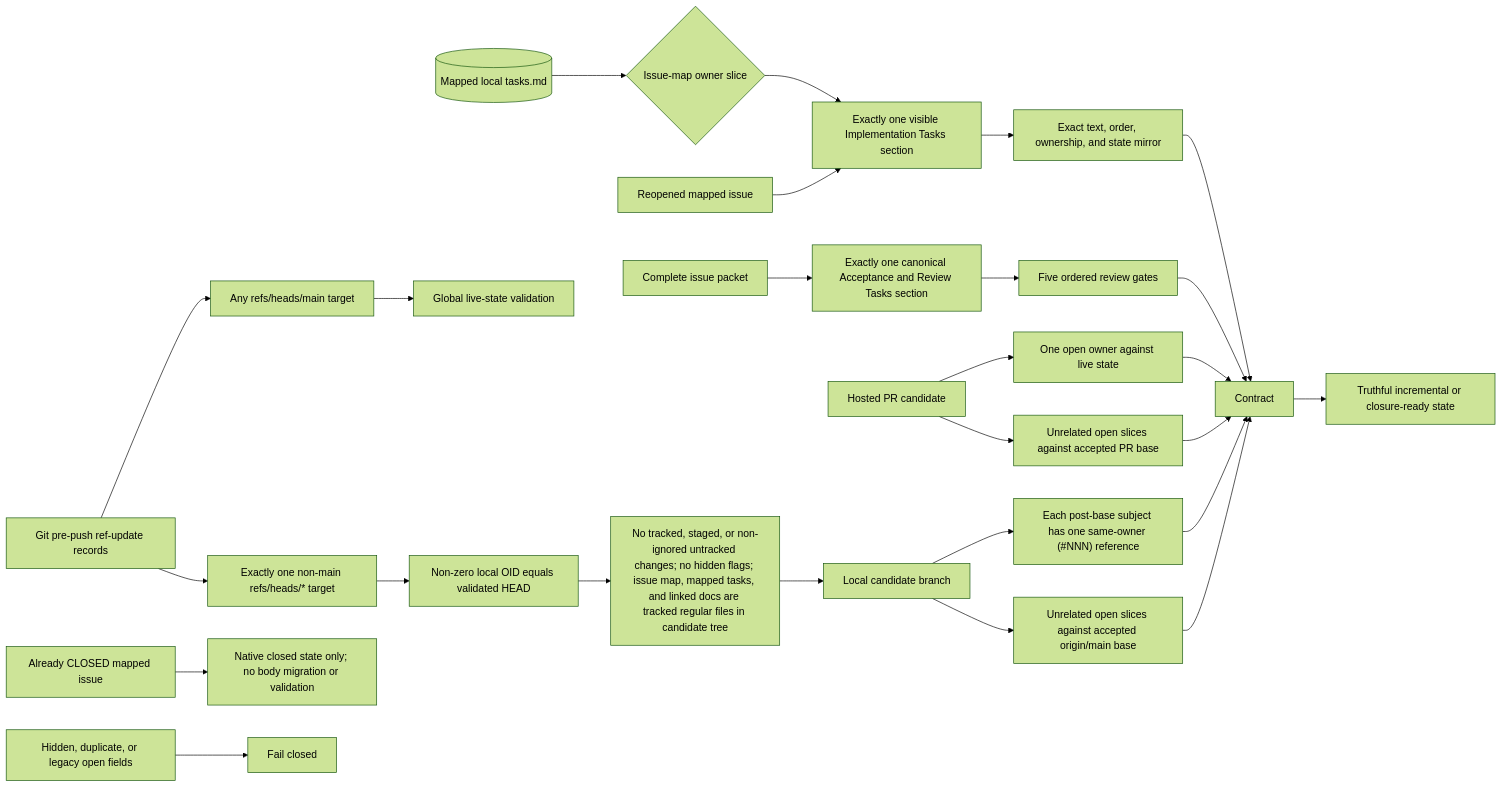
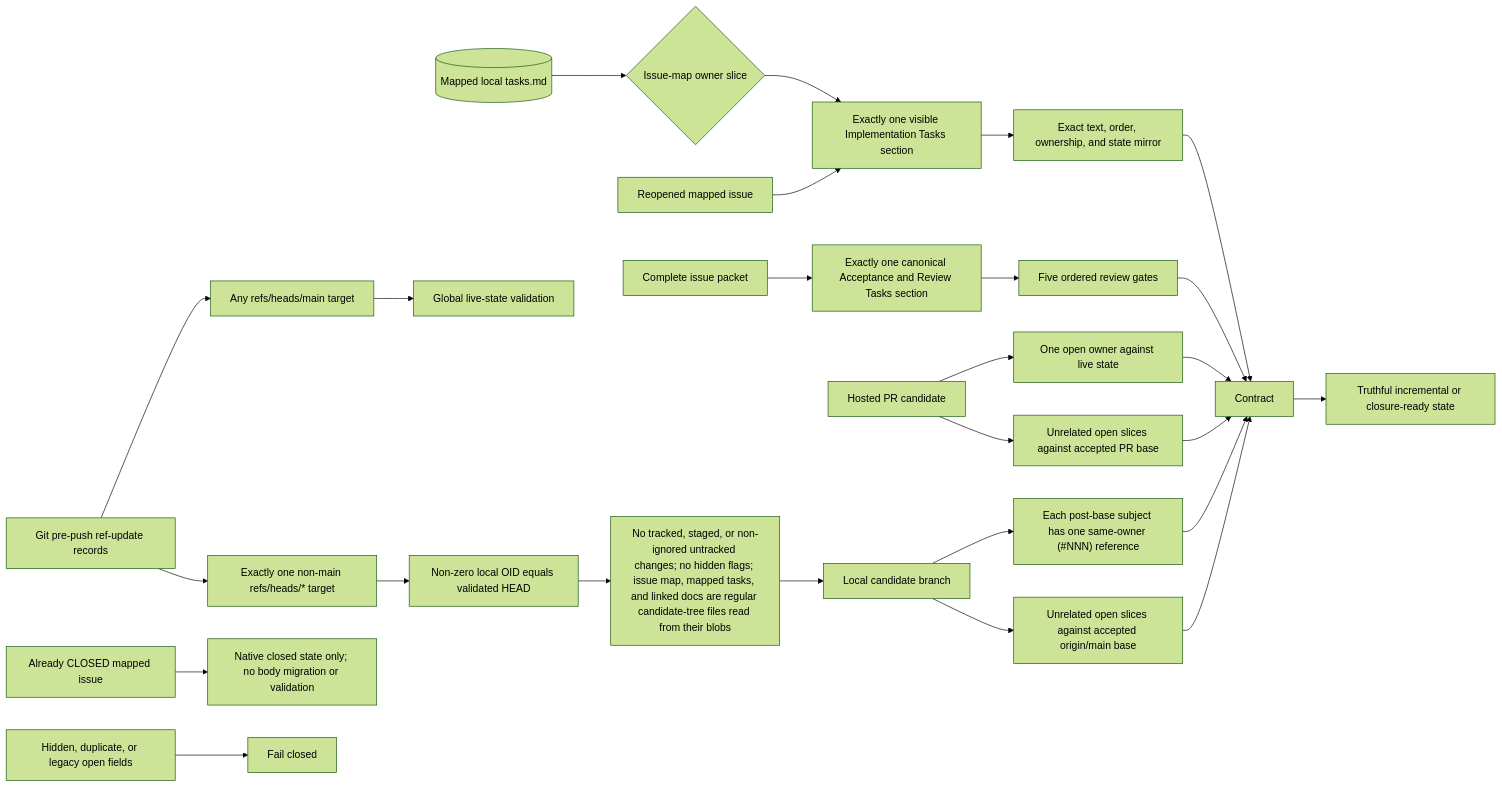
The first of 28 diagrams in docs/v050-release-architecture.md (styler-ai/ProjectAtlas), drawn with Mermaid (forest theme) before and after one commit. The commit also changed 5 other files, not shown here.

Commit message:
fix(issueops): read candidate validation inputs from Git blobs (#549)

````diff
--- a/docs/v050-release-architecture.md
+++ b/docs/v050-release-architecture.md
@@ -7,28 +7,28 @@
 ```mermaid
 flowchart LR
     LocalTasks[(Mapped local tasks.md)] --> OwnerSlice{Issue-map owner slice}
     OwnerSlice --> Implementation[Exactly one visible Implementation Tasks section]
     IssuePacket[Complete issue packet] --> Acceptance[Exactly one canonical Acceptance and Review Tasks section]
     Implementation --> Sync[Exact text, order, ownership, and state mirror]
     Acceptance --> Gates[Five ordered review gates]
     Sync --> Contract
     Gates --> Contract
     PR[Hosted PR candidate] --> Owner[One open owner against live state]
     PR --> Base[Unrelated open slices against accepted PR base]
     Push[Git pre-push ref-update records] --> MainTarget["Any refs/heads/main target"]
     Push --> CandidateTarget["Exactly one non-main refs/heads/* target"]
     MainTarget --> Global[Global live-state validation]
     CandidateTarget --> CandidateObject["Non-zero local OID equals validated HEAD"]
-    CandidateObject --> CandidateClean["No tracked, staged, or non-ignored untracked changes; no hidden flags; issue map, mapped tasks, and linked docs are tracked regular files in candidate tree"]
+    CandidateObject --> CandidateClean["No tracked, staged, or non-ignored untracked changes; no hidden flags; issue map, mapped tasks, and linked docs are regular candidate-tree files read from their blobs"]
     CandidateClean --> Candidate[Local candidate branch]
     Candidate --> CandidateOwner["Each post-base subject has one same-owner (#NNN) reference"]
     Candidate --> CandidateBase["Unrelated open slices against accepted origin/main base"]
     Owner --> Contract
     Base --> Contract
     CandidateOwner --> Contract
     CandidateBase --> Contract
     Closed[Already CLOSED mapped issue] --> Inert[Native closed state only; no body migration or validation]
     Reopened[Reopened mapped issue] --> Implementation
     Hidden[Hidden, duplicate, or legacy open fields] --> Reject[Fail closed]
     Contract --> Ready[Truthful incremental or closure-ready state]
 ```
````
